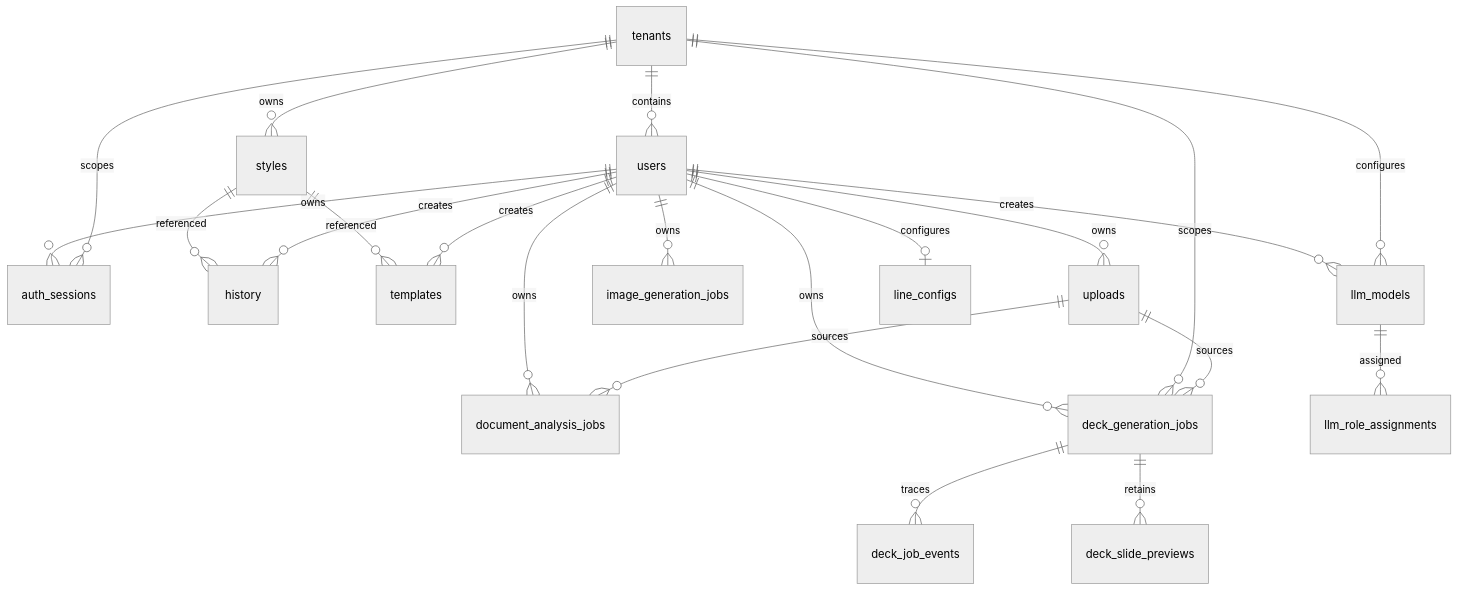
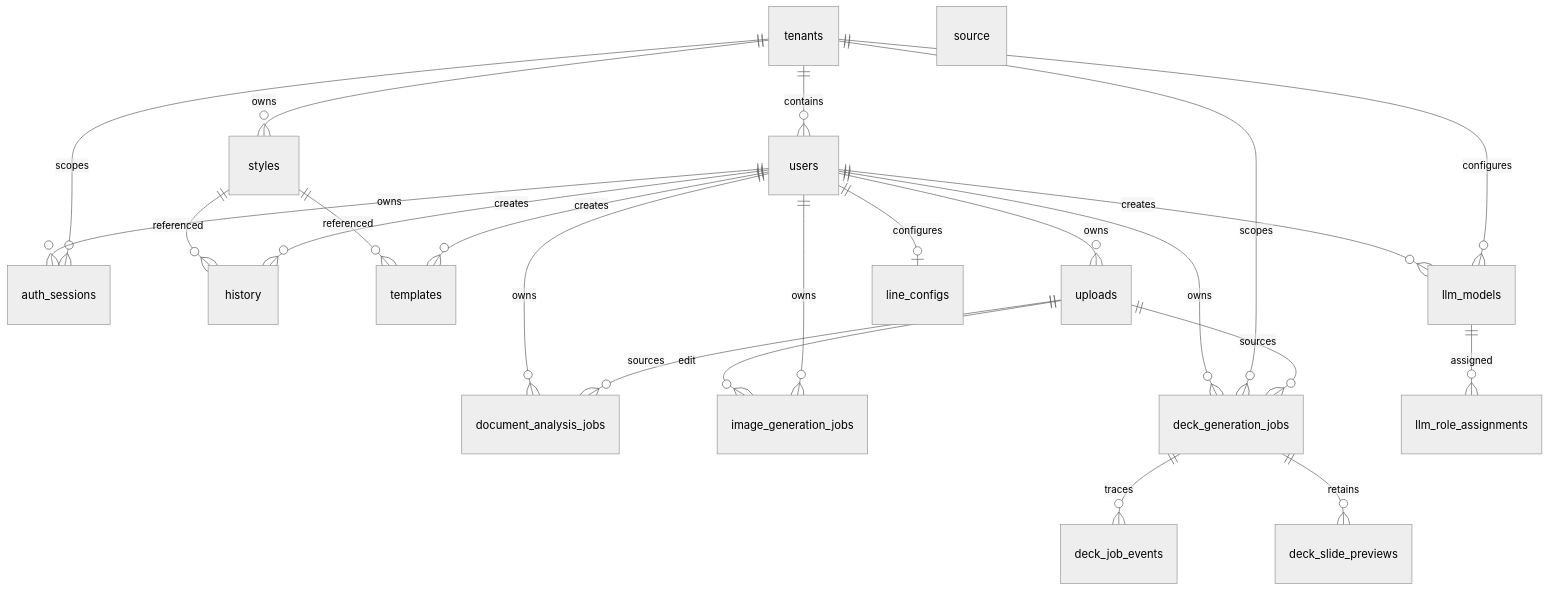
The diagram in openwiki/data/schema.md (tony30552001/Genpic-master), drawn with Mermaid (neutral theme) before and after one commit. The commit also changed other lines of this file and 15 other files, not shown here.

````diff
--- a/openwiki/data/schema.md
+++ b/openwiki/data/schema.md
@@ -18,24 +18,25 @@
 ```mermaid
 erDiagram
   tenants ||--o{ users : contains
   tenants ||--o{ auth_sessions : scopes
   users ||--o{ auth_sessions : owns
   tenants ||--o{ styles : owns
   users ||--o{ history : creates
   users ||--o{ templates : creates
   users ||--o{ uploads : owns
   uploads ||--o{ document_analysis_jobs : sources
   users ||--o{ document_analysis_jobs : owns
   users ||--o{ image_generation_jobs : owns
+  uploads ||--o{ image_generation_jobs : edit source
   uploads ||--o{ deck_generation_jobs : sources
   tenants ||--o{ deck_generation_jobs : scopes
   users ||--o{ deck_generation_jobs : owns
   tenants ||--o{ llm_models : configures
   llm_models ||--o{ llm_role_assignments : assigned
   users ||--o{ llm_models : creates
   deck_generation_jobs ||--o{ deck_job_events : traces
   deck_generation_jobs ||--o{ deck_slide_previews : retains
   users ||--o| line_configs : configures
   styles ||--o{ history : referenced
   styles ||--o{ templates : referenced
 ```
````
